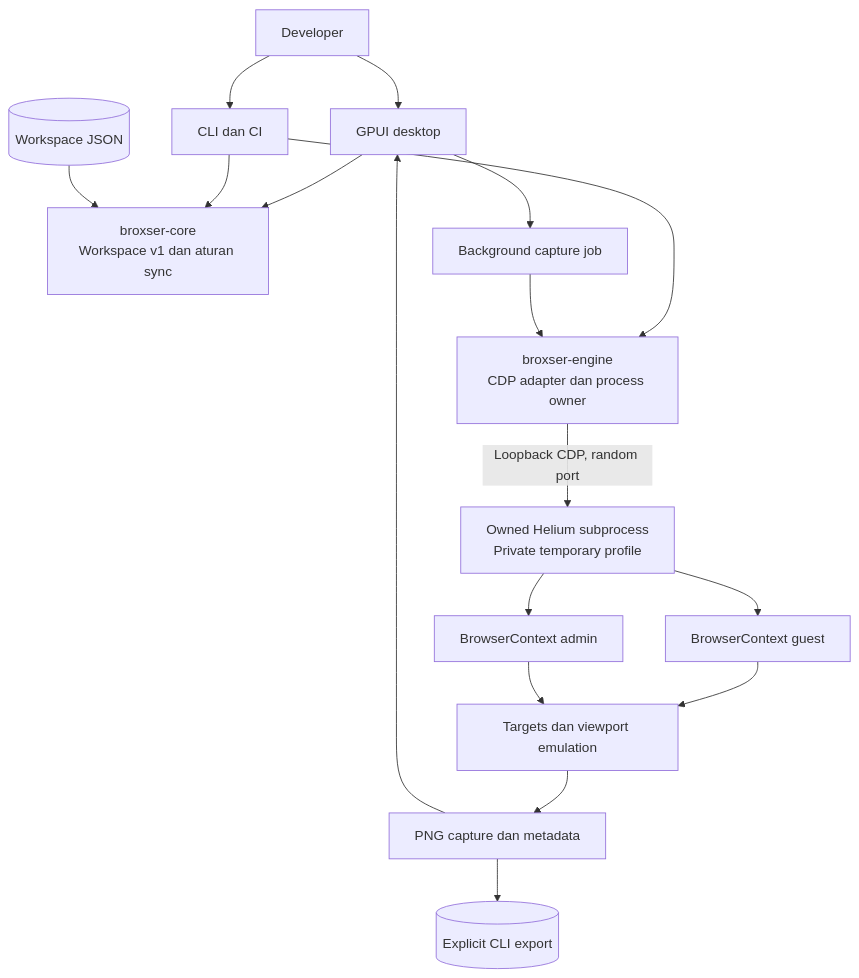
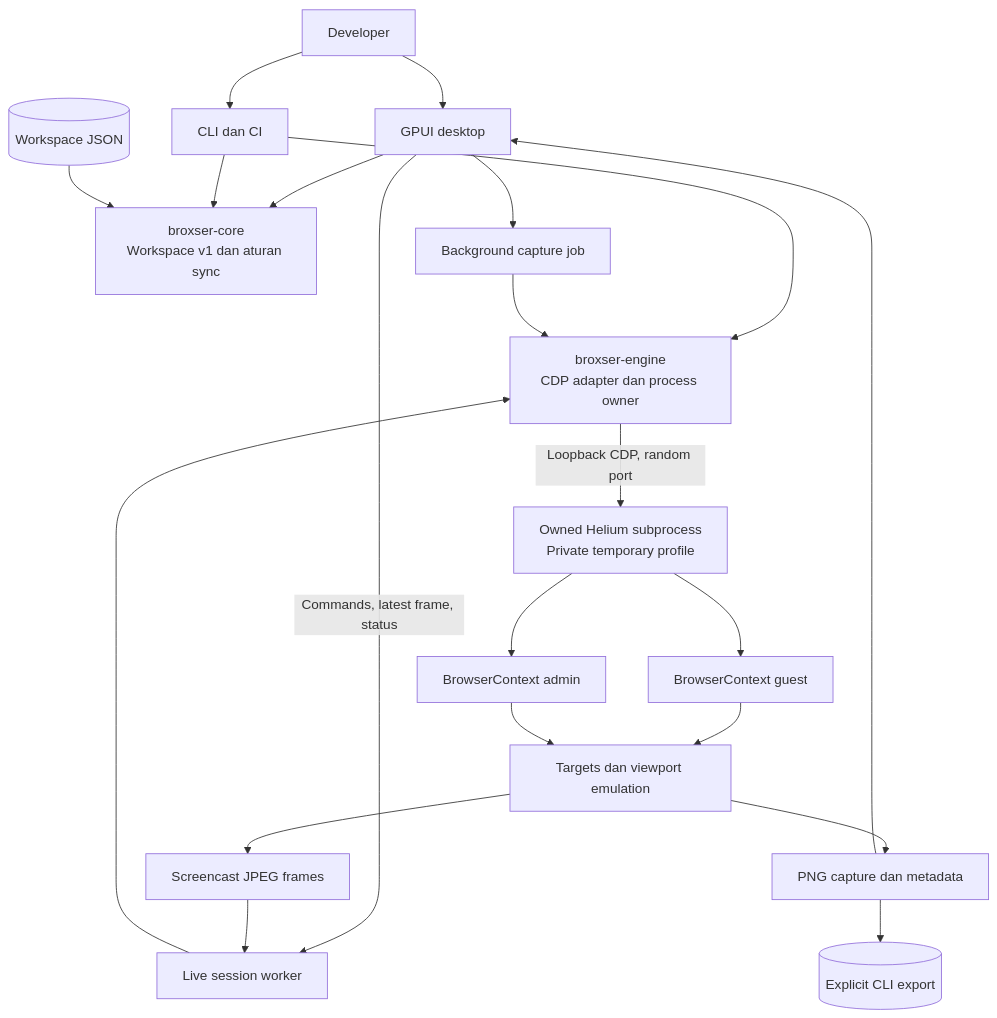
One commit to putueddy/broxser-desktop changed the diagram in docs/system-design.md. Above: the diagram before and after it, drawn with Mermaid. The commit also changed other lines of this file and 7 other files, not shown here.

````diff
--- a/docs/system-design.md
+++ b/docs/system-design.md
@@ -62,19 +63,23 @@
 ```mermaid
 flowchart TB
   User[Developer] --> UI[GPUI desktop]
   User --> CLI[CLI dan CI]
   UI --> Domain[broxser-core\nWorkspace v1 dan aturan sync]
   CLI --> Domain
   Config[(Workspace JSON)] --> Domain
   UI --> Worker[Background capture job]
+  UI -->|Commands, latest frame, status| Live[Live session worker]
   CLI --> Adapter[broxser-engine\nCDP adapter dan process owner]
   Worker --> Adapter
+  Live --> Adapter
   Adapter -->|Loopback CDP, random port| Browser[Owned Helium subprocess\nPrivate temporary profile]
   Browser --> Guest[BrowserContext guest]
   Browser --> Admin[BrowserContext admin]
   Guest --> Devices[Targets dan viewport emulation]
   Admin --> Devices
   Devices --> PNG[PNG capture dan metadata]
+  Devices --> Frames[Screencast JPEG frames]
+  Frames --> Live
   PNG --> UI
   PNG --> Export[(Explicit CLI export)]
 ```
````
